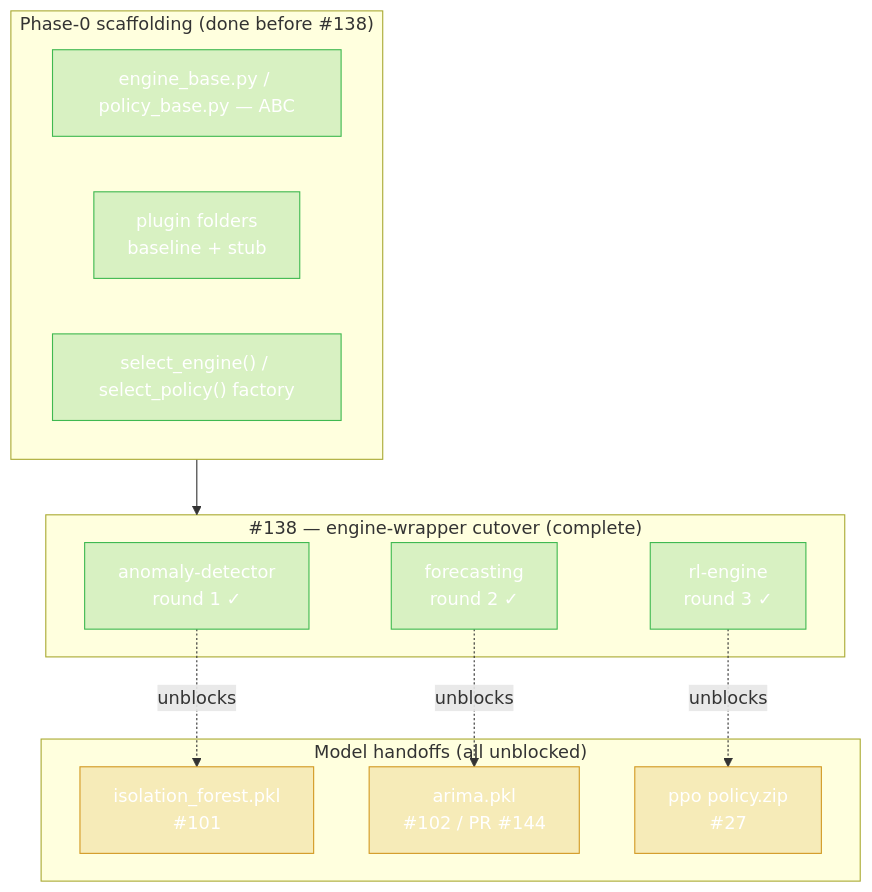
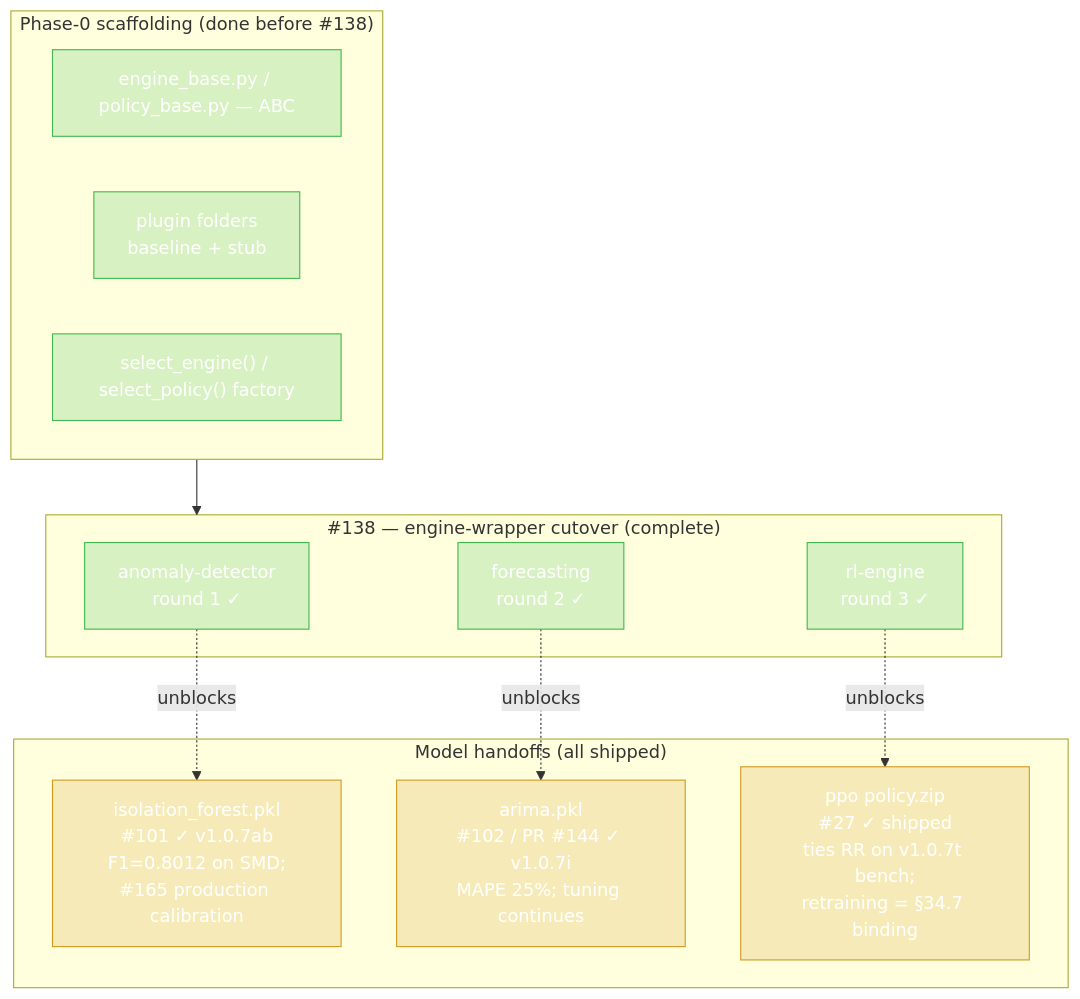
Before and after one commit to TasneemEltabakh/smartload: the second of 7 diagrams in docs/PROJECT_WALKTHROUGH.md, drawn with Mermaid. The commit also changed other lines of this file, not shown here.

First line of the commit message:
docs(walkthrough): fix stale cutover diagram + add 3 new Mermaid blocks

````diff
--- a/docs/PROJECT_WALKTHROUGH.md
+++ b/docs/PROJECT_WALKTHROUGH.md
@@ -1118,30 +1179,30 @@
 ```mermaid
 flowchart TB
   subgraph SCAFFOLD["Phase-0 scaffolding (done before #138)"]
     S1["engine_base.py / policy_base.py — ABC"]
     S2["plugin folders<br/>baseline + stub"]
     S3["select_engine() / select_policy() factory"]
   end
 
   subgraph CUTOVER["#138 — engine-wrapper cutover (complete)"]
     C1["anomaly-detector<br/>round 1 ✓"]
     C2["forecasting<br/>round 2 ✓"]
     C3["rl-engine<br/>round 3 ✓"]
   end
 
-  subgraph MODELS["Model handoffs (all unblocked)"]
-    M1["isolation_forest.pkl<br/>#101"]
-    M2["arima.pkl<br/>#102 / PR #144"]
-    M3["ppo policy.zip<br/>#27"]
+  subgraph MODELS["Model handoffs (all shipped)"]
+    M1["isolation_forest.pkl<br/>#101 ✓ v1.0.7ab<br/>F1=0.8012 on SMD;<br/>#165 production calibration"]
+    M2["arima.pkl<br/>#102 / PR #144 ✓ v1.0.7i<br/>MAPE 25%; tuning continues"]
+    M3["ppo policy.zip<br/>#27 ✓ shipped<br/>ties RR on v1.0.7t bench;<br/>retraining = §34.7 binding"]
   end
 
   SCAFFOLD --> CUTOVER
   C1 -.unblocks.-> M1
   C2 -.unblocks.-> M2
   C3 -.unblocks.-> M3
 
   classDef done fill:#3fb95033,stroke:#3fb950,color:#fff
-  classDef pending fill:#d2992233,stroke:#d29922,color:#fff
+  classDef partial fill:#d2992233,stroke:#d29922,color:#fff
   class S1,S2,S3,C1,C2,C3 done
-  class M1,M2,M3 pending
+  class M1,M2,M3 partial
 ```
````
